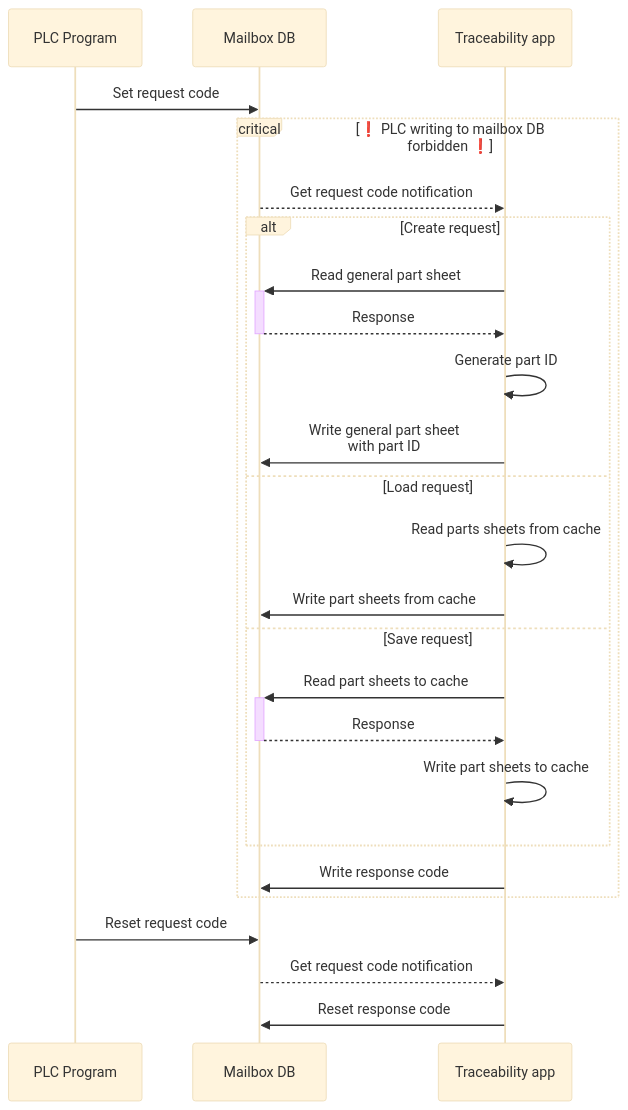
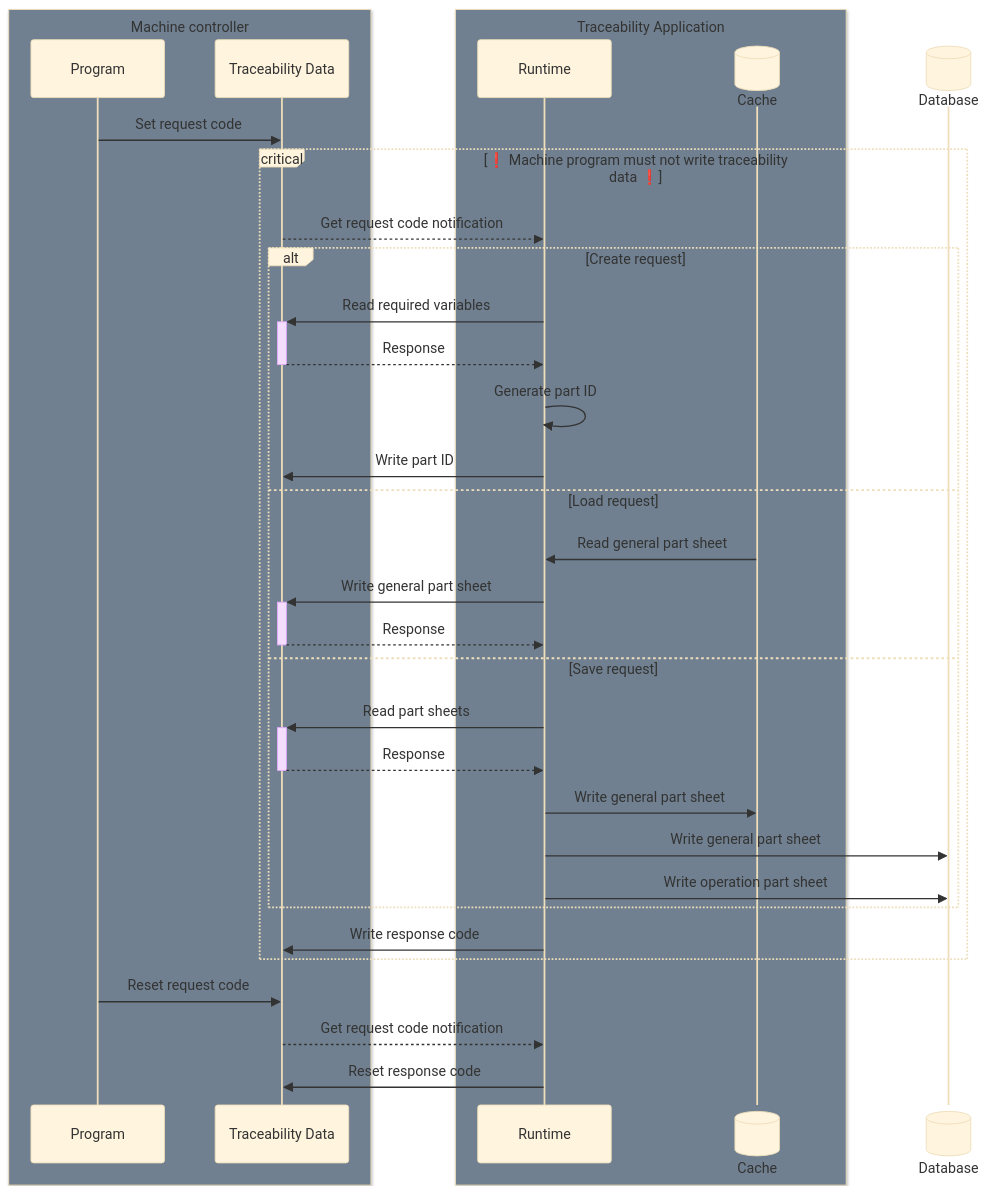
Before and after one commit to cailloumajor/opcua-line-gateway: the diagram in README.md, drawn with Mermaid (base theme). The commit also changed other lines of this file, not shown here.

Commit message:
chore: update traceability section of README.md

````diff
--- a/README.md
+++ b/README.md
@@ -42,28 +62,37 @@
 ```mermaid
 sequenceDiagram
-    participant PLC as PLC Program
-    participant DB as Mailbox DB
-    participant us as Traceability app
+    box slategrey Machine controller
+        participant Program
+        participant Data as Traceability Data
+    end
+    box slategrey Traceability Application
+        participant us as Runtime
+        participant Cache@{ "type": "database" }
+    end
+    participant Database@{ "type": "database" }
 
-    PLC->>DB:Set request code
-    critical ❗ PLC writing to mailbox DB forbidden ❗
-        DB-->>us:Get request code notification
+    Program->>Data:Set request code
+    critical❗ Machine program must not write traceability data ❗
+        Data-->>us: Get request code notification
         alt Create request
-            us->>+DB:Read general part sheet
-            DB-->>-us:Response
-            us->>us:Generate part ID
-            us->>DB:Write general part sheet<br/>with part ID
+            us->>+Data: Read required variables
+            Data-->>-us: Response
+            us->>us: Generate part ID
+            us->>Data: Write part ID
         else Load request
-            us->>us:Read parts sheets from cache
-            us->>DB:Write part sheets from cache
+            Cache->>us: Read general part sheet
+            us->>+Data: Write general part sheet
+            Data-->>-us: Response
         else Save request
-            us->>+DB:Read part sheets to cache
-            DB-->>-us:Response
-            us->>us:Write part sheets to cache
+            us->>+Data: Read part sheets
+            Data-->>-us: Response
+            us->>Cache: Write general part sheet
+            us->>Database: Write general part sheet
+            us->>Database: Write operation part sheet
         end
-        us->>DB:Write response code
+        us->>Data:Write response code
     end
-    PLC->>DB:Reset request code
-    DB-->>us:Get request code notification
-    us->>DB:Reset response code
+    Program->>Data:Reset request code
+    Data-->>us:Get request code notification
+    us->>Data:Reset response code
 ```
````
